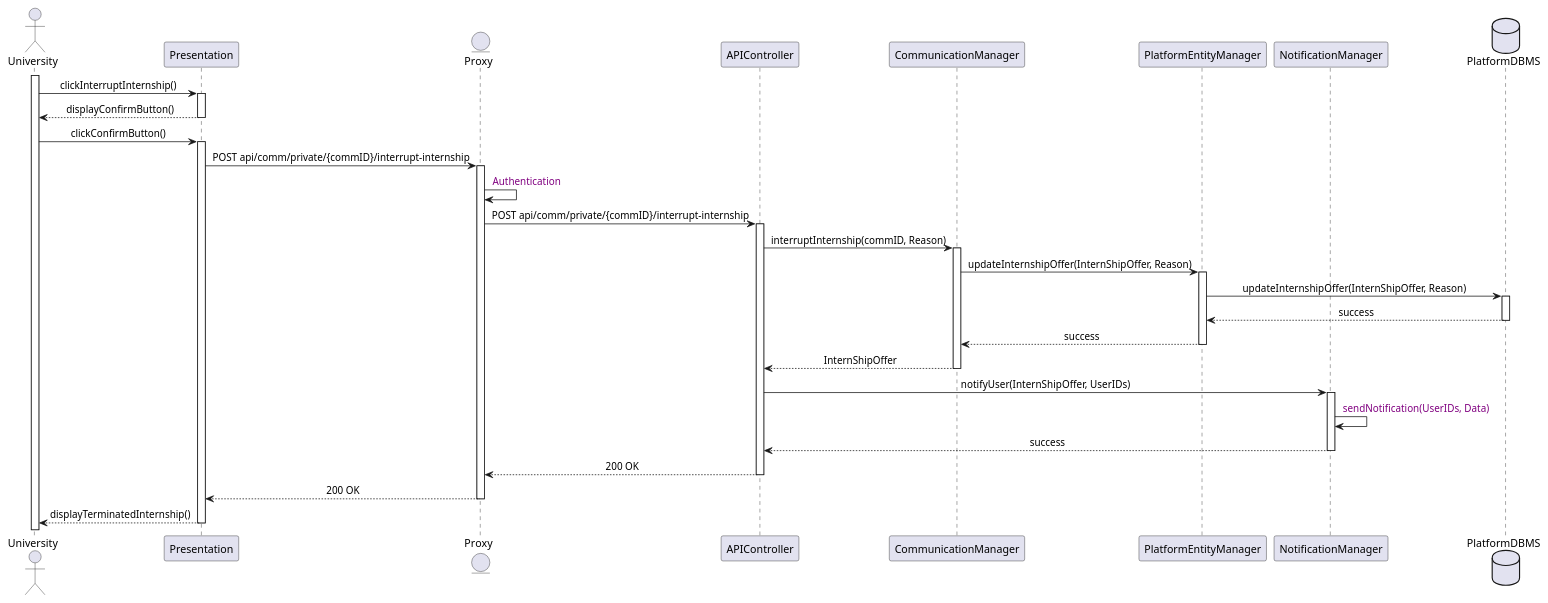
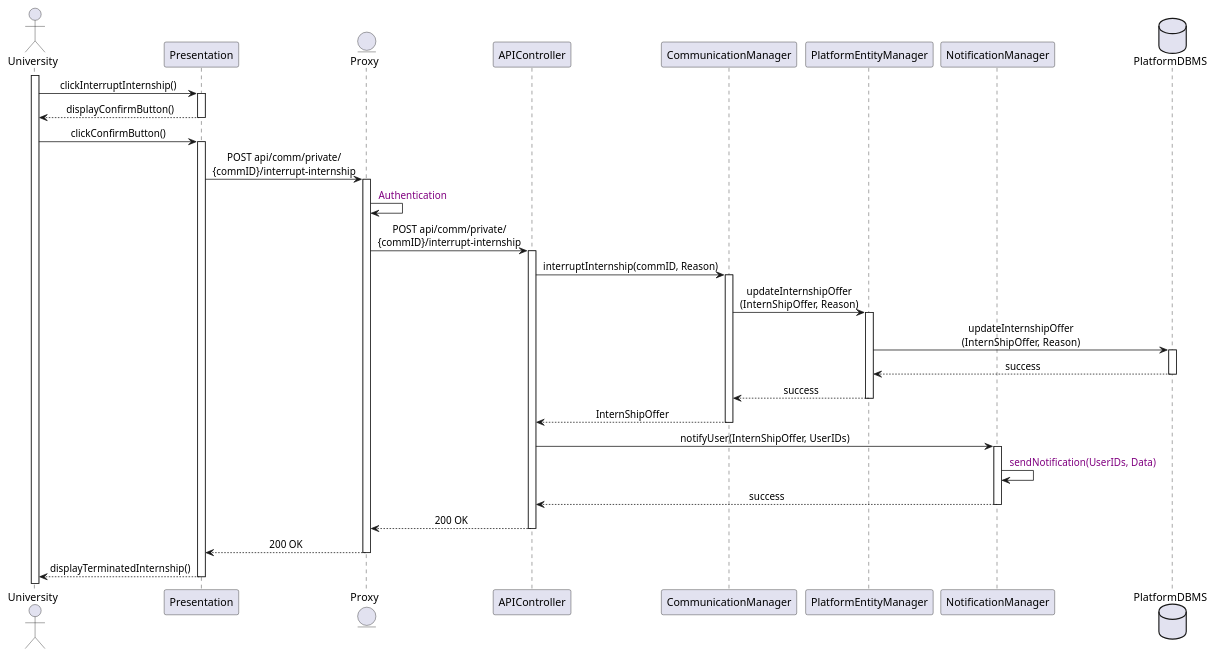
The diagram in Diagrams/SequenceDiagrams/DD/19UniversityInterruptsIntership.wsd (Slaitroc/RicciPaoliGrisoni), drawn with PlantUML before and after one commit.

Commit message:
Update University Interrupts Internship Sequence Diagram for improved readability in API call formatting

```diff
--- a/Diagrams/SequenceDiagrams/DD/19UniversityInterruptsIntership.wsd
+++ b/Diagrams/SequenceDiagrams/DD/19UniversityInterruptsIntership.wsd
@@ -1,49 +1,49 @@
 @startuml
 skinparam sequenceMessageAlign center
 
 actor       University
 participant  Presentation
 entity      Proxy
 participant APIController
 participant CommunicationManager
 participant PlatformEntityManager
 participant NotificationManager
 database    PlatformDBMS
 
 activate University
 University -> Presentation : clickInterruptInternship()
 activate Presentation
 Presentation --> University : displayConfirmButton()
 deactivate Presentation
 University -> Presentation : clickConfirmButton()
 activate Presentation
-Presentation -> Proxy : POST api/comm/private/{commID}/interrupt-internship
+Presentation -> Proxy : POST api/comm/private/\n{commID}/interrupt-internship
 activate Proxy
 Proxy -> Proxy : <color:purple> Authentication
-Proxy -> APIController : POST api/comm/private/{commID}/interrupt-internship
+Proxy -> APIController : POST api/comm/private/\n{commID}/interrupt-internship
 activate APIController
 APIController -> CommunicationManager : interruptInternship(commID, Reason)
 activate CommunicationManager
-CommunicationManager -> PlatformEntityManager : updateInternshipOffer(InternShipOffer, Reason)
+CommunicationManager -> PlatformEntityManager : updateInternshipOffer\n(InternShipOffer, Reason)
 activate PlatformEntityManager
-PlatformEntityManager -> PlatformDBMS : updateInternshipOffer(InternShipOffer, Reason)
+PlatformEntityManager -> PlatformDBMS : updateInternshipOffer\n(InternShipOffer, Reason)
 activate PlatformDBMS
 PlatformDBMS --> PlatformEntityManager : success
 deactivate PlatformDBMS
 PlatformEntityManager --> CommunicationManager : success
 deactivate PlatformEntityManager
 CommunicationManager --> APIController : InternShipOffer
 deactivate CommunicationManager
 APIController -> NotificationManager : notifyUser(InternShipOffer, UserIDs)
 activate NotificationManager
 NotificationManager -> NotificationManager : <color:purple> sendNotification(UserIDs, Data)
 NotificationManager --> APIController : success
 deactivate NotificationManager
 deactivate CommunicationManager
 APIController --> Proxy : 200 OK
 deactivate APIController
 Proxy --> Presentation : 200 OK
 deactivate Proxy
 Presentation --> University : displayTerminatedInternship()
 deactivate Presentation
 @enduml
```
